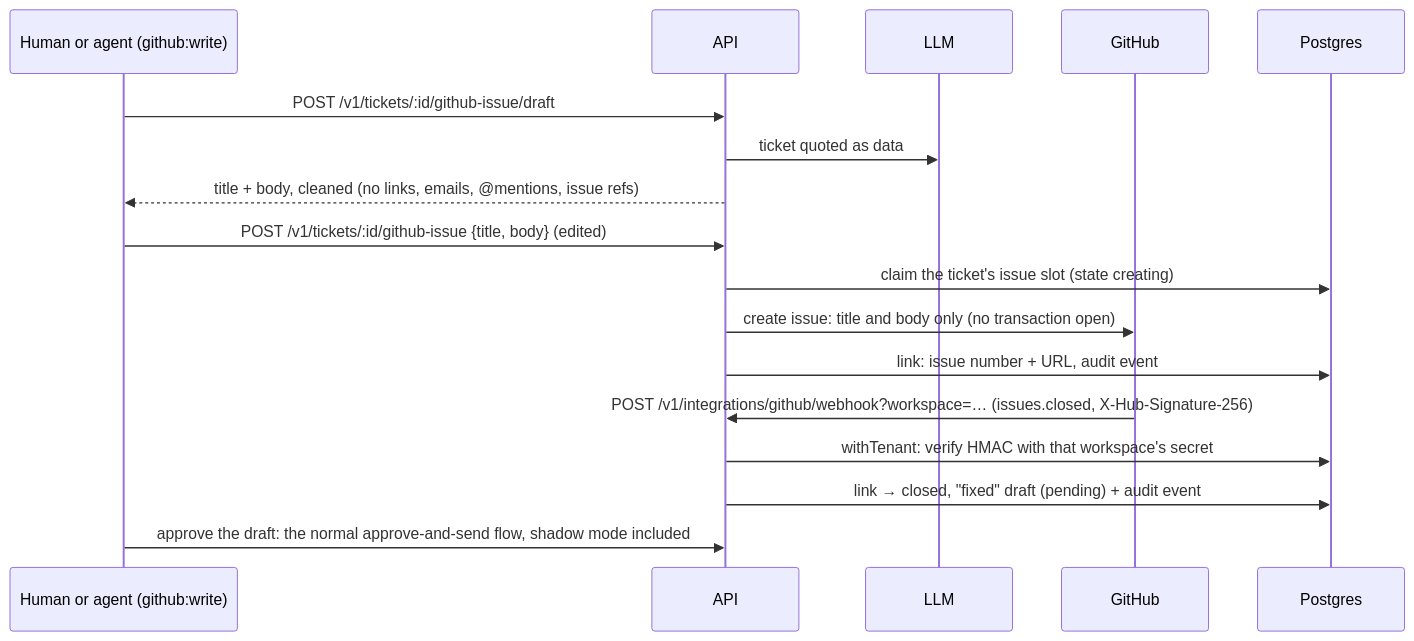
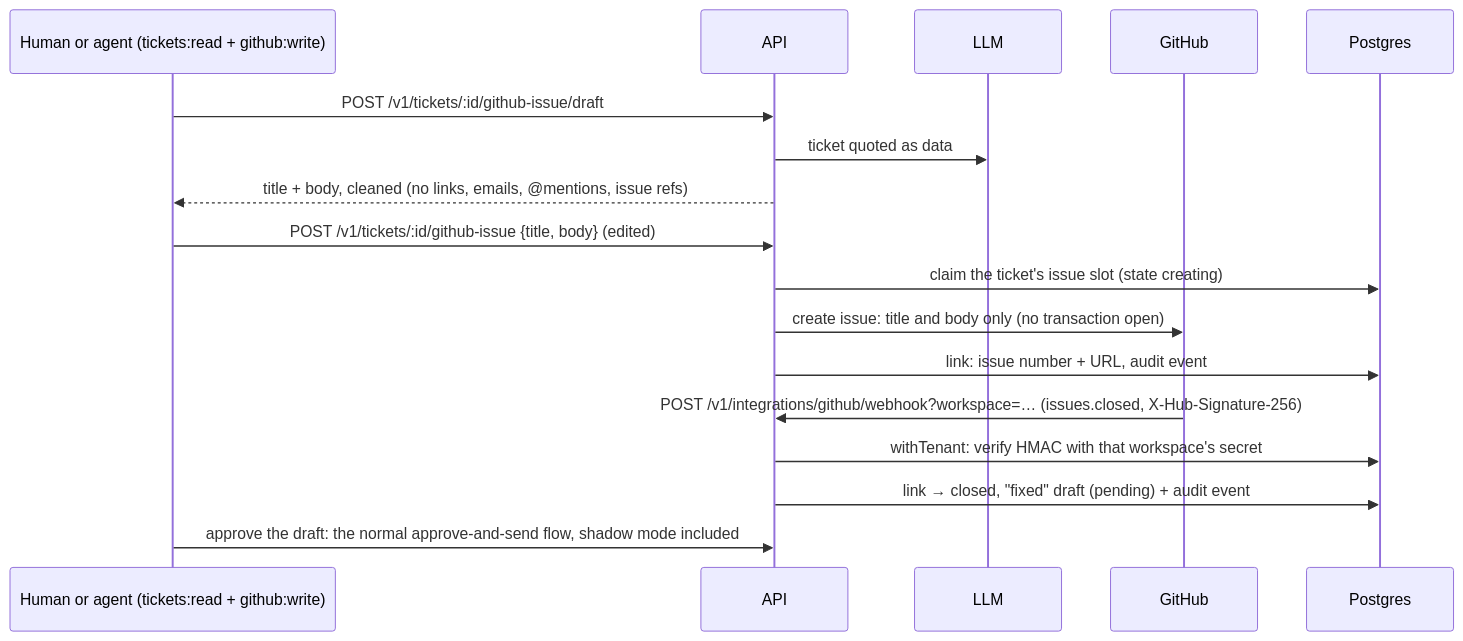
The third of 3 diagrams in docs/architecture/overview.md (bsteps/helpos), drawn with Mermaid before and after one commit. The commit also changed other lines of this file and 12 other files, not shown here.

````diff
--- a/docs/architecture/overview.md
+++ b/docs/architecture/overview.md
@@ -89,20 +89,20 @@
 ```mermaid
 sequenceDiagram
-  participant H as Human or agent (github:write)
+  participant H as Human or agent (tickets:read + github:write)
   participant S as API
   participant L as LLM
   participant G as GitHub
   participant DB as Postgres
 
   H->>S: POST /v1/tickets/:id/github-issue/draft
   S->>L: ticket quoted as data
   S-->>H: title + body, cleaned (no links, emails, @mentions, issue refs)
   H->>S: POST /v1/tickets/:id/github-issue {title, body} (edited)
   S->>DB: claim the ticket's issue slot (state creating)
   S->>G: create issue: title and body only (no transaction open)
   S->>DB: link: issue number + URL, audit event
   G->>S: POST /v1/integrations/github/webhook?workspace=… (issues.closed, X-Hub-Signature-256)
   S->>DB: withTenant: verify HMAC with that workspace's secret
   S->>DB: link → closed, "fixed" draft (pending) + audit event
   H->>S: approve the draft: the normal approve-and-send flow, shadow mode included
 ```
````
